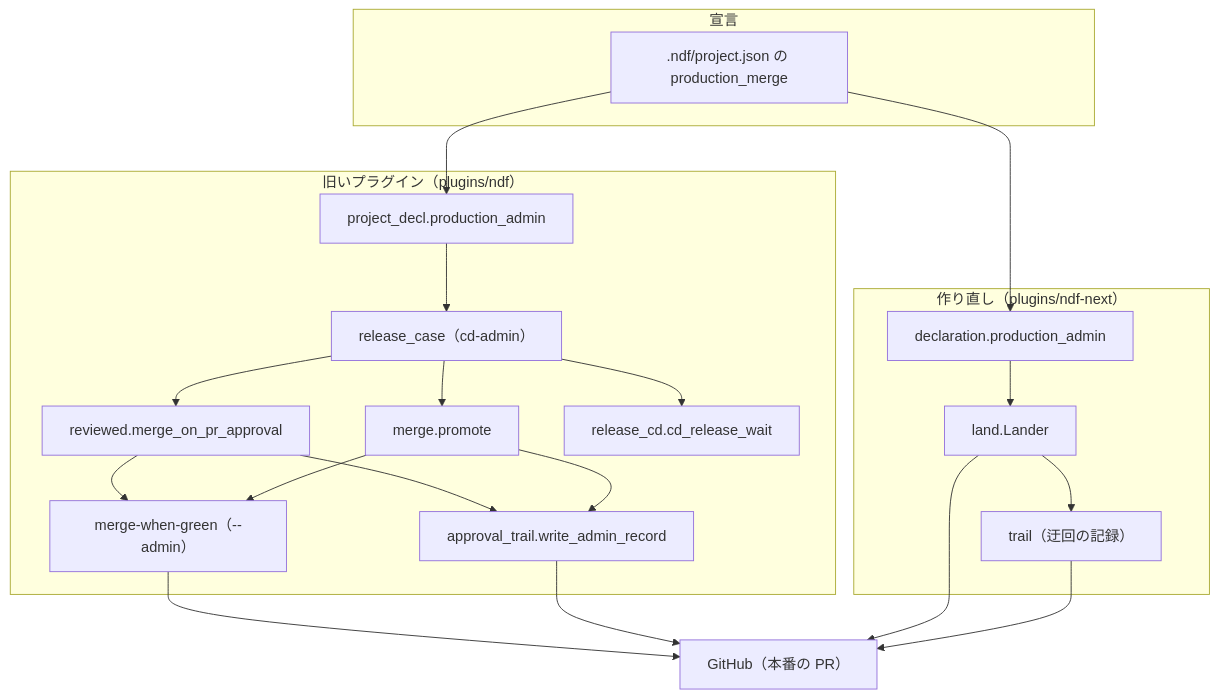
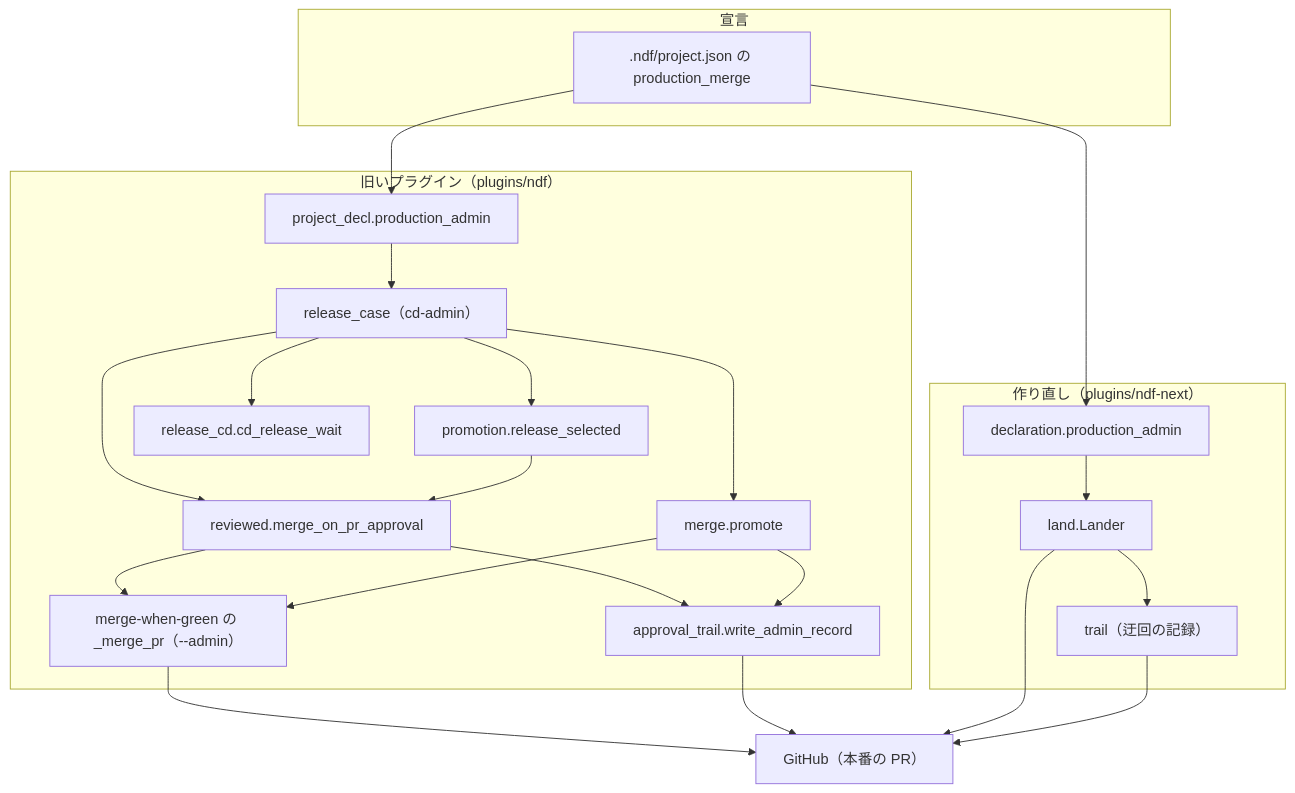
Before and after one commit to devbasex/ai-plugins: the first of 3 diagrams in issues/issue-3506-design.md, drawn with Mermaid. The commit also changed other lines of this file, not shown here.

````diff
--- a/issues/issue-3506-design.md
+++ b/issues/issue-3506-design.md
@@ -158,34 +176,37 @@
 ```mermaid
 graph TB
   subgraph decl["宣言"]
     PJ[".ndf/project.json の production_merge"]
   end
   subgraph ndf["旧いプラグイン（plugins/ndf）"]
     PD["project_decl.production_admin"]
     RC["release_case（cd-admin）"]
+    SL["promotion.release_selected"]
     RV["reviewed.merge_on_pr_approval"]
     PR["merge.promote"]
-    MW["merge-when-green（--admin）"]
+    MW["merge-when-green の _merge_pr（--admin）"]
     TR["approval_trail.write_admin_record"]
     SV["release_cd.cd_release_wait"]
   end
   subgraph next["作り直し（plugins/ndf-next）"]
     ND["declaration.production_admin"]
     LD["land.Lander"]
     NT["trail（迂回の記録）"]
   end
   GH["GitHub（本番の PR）"]
   PJ --> PD --> RC
   RC --> RV
   RC --> PR
+  RC --> SL
   RC --> SV
+  SL --> RV
   RV --> MW
   PR --> MW
   MW --> GH
   RV --> TR
   PR --> TR
   TR --> GH
   PJ --> ND --> LD
   LD --> GH
   LD --> NT --> GH
 ```
````
